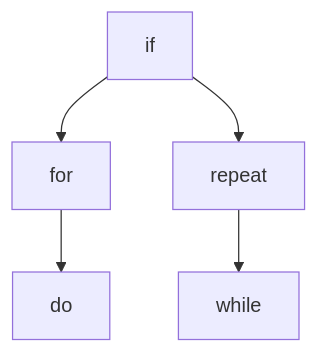
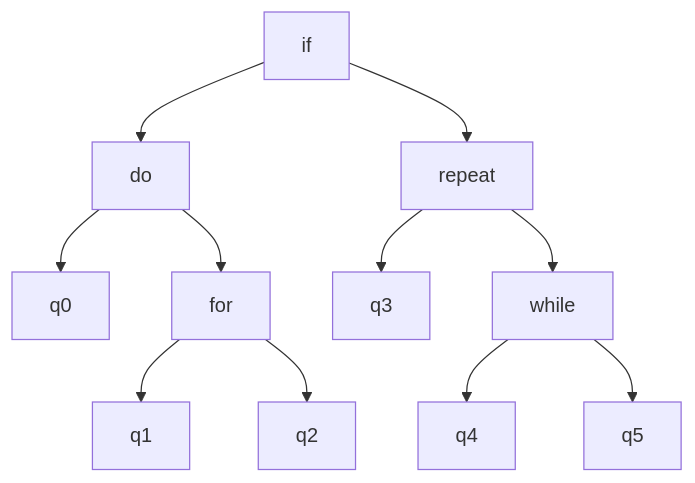
One commit to AK47are/ds-tutorial-exercises changed the second of 35 diagrams in chapter_9/excs.md. Above: the diagram before and after it, drawn with Mermaid. The commit also changed other lines of this file, not shown here.

````diff
--- a/chapter_9/excs.md
+++ b/chapter_9/excs.md
@@ -20,7 +26,13 @@
 ```mermaid
 graph TD
-    if-->for
+    if-->do
+    do-->q0
+    do-->for
+    for-->q1
+    for-->q2
     if-->repeat
-    for-->do
+    repeat-->q3
     repeat-->while
+    while-->q4
+    while-->q5
 ```
````
